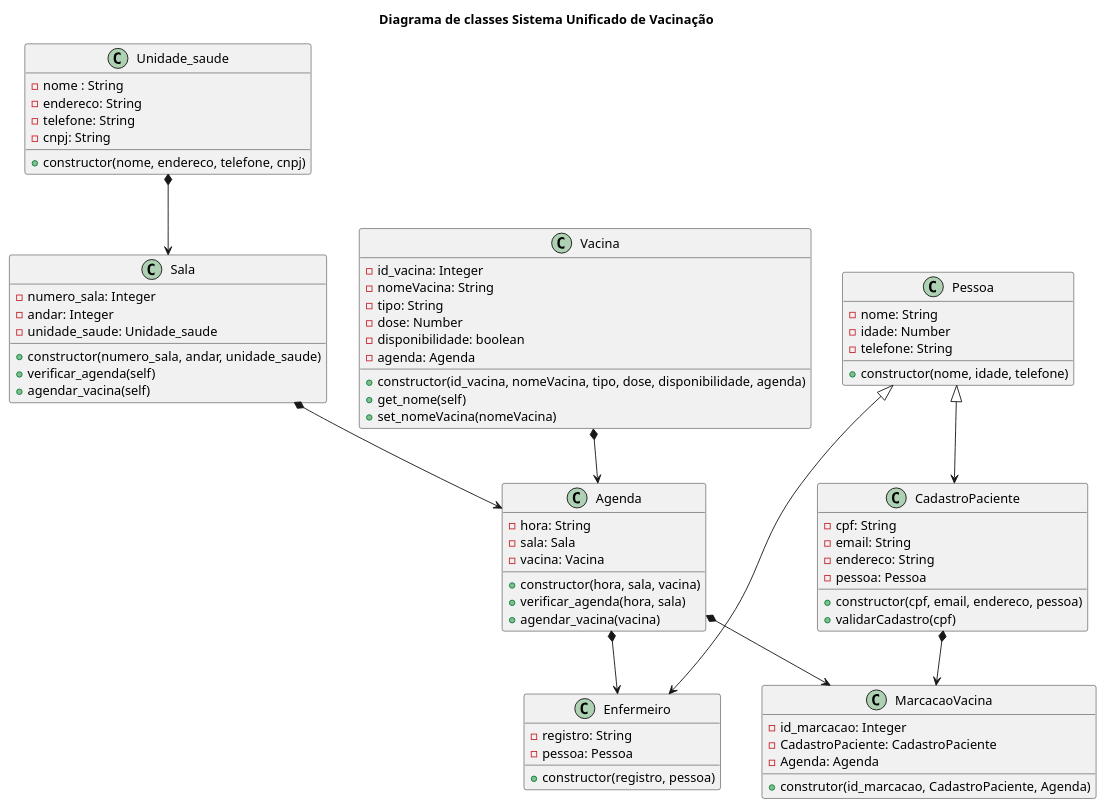
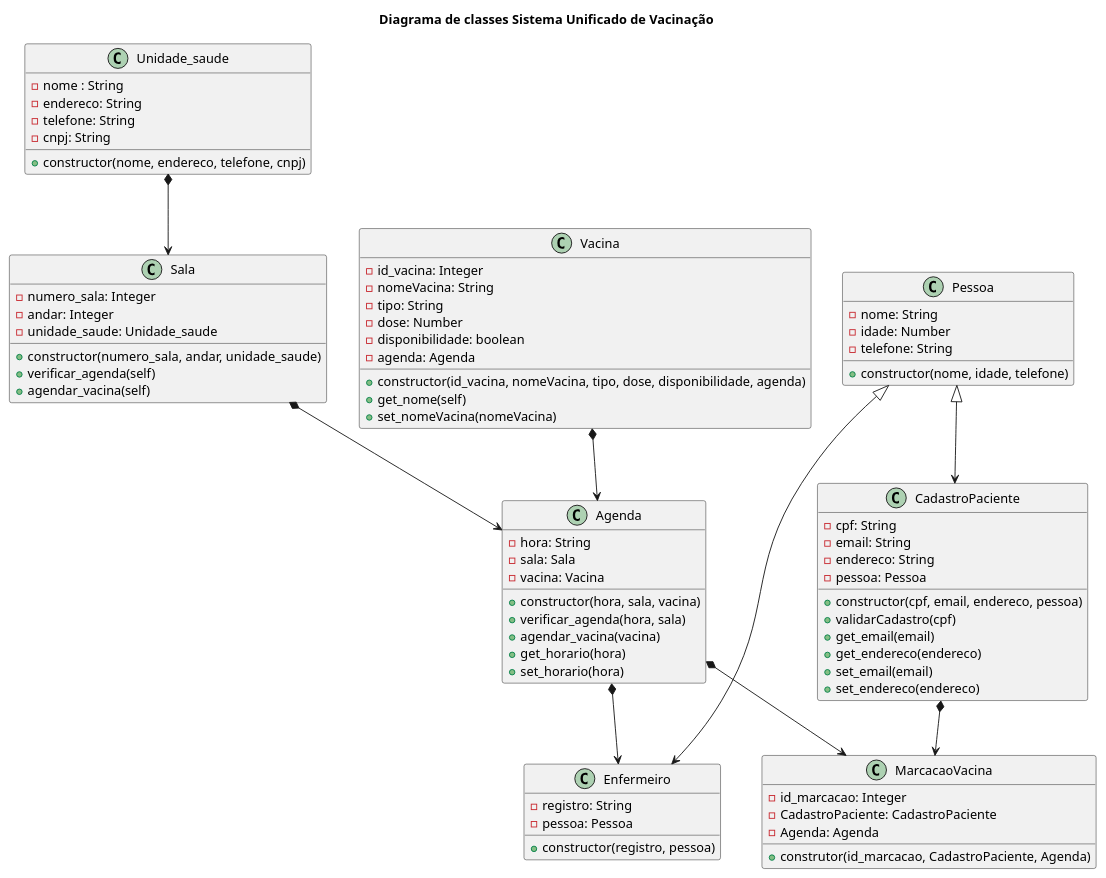
One commit to anleaes/2022-1-N2-POO-01 changed the diagram in diagrama_classe.plantuml. Above: the diagram before and after it, drawn with PlantUML.

Commit message:
atualizacao classe agenda e cadastroPaciente

```diff
--- a/diagrama_classe.plantuml
+++ b/diagrama_classe.plantuml
@@ -1,82 +1,88 @@
 @startuml diagrama_classe
 
 title Diagrama de classes Sistema Unificado de Vacinação
 
 class Unidade_saude{
     - nome : String
     - endereco: String
     - telefone: String
     - cnpj: String
     + constructor(nome, endereco, telefone, cnpj)
 }
 
 class Sala{
     - numero_sala: Integer
     - andar: Integer
     - unidade_saude: Unidade_saude 
     + constructor(numero_sala, andar, unidade_saude)
     + verificar_agenda(self)
     + agendar_vacina(self)
 }
 
 class Agenda{
     - hora: String
     - sala: Sala
     - vacina: Vacina
     + constructor(hora, sala, vacina)
     + verificar_agenda(hora, sala)
     + agendar_vacina(vacina)
+    + get_horario(hora)
+    + set_horario(hora)
 }
 
 
 Class Vacina{
     - id_vacina: Integer
     - nomeVacina: String
     - tipo: String
     - dose: Number
     - disponibilidade: boolean
     - agenda: Agenda
     + constructor(id_vacina, nomeVacina, tipo, dose, disponibilidade, agenda)
     + get_nome(self)
     + set_nomeVacina(nomeVacina)
 }
 
 class Pessoa{
     - nome: String
     - idade: Number
     - telefone: String
     + constructor(nome, idade, telefone)
 }
 
 class CadastroPaciente {
     - cpf: String
     - email: String
     - endereco: String
     - pessoa: Pessoa
     + constructor(cpf, email, endereco, pessoa)
     + validarCadastro(cpf)
+    + get_email(email)
+    + get_endereco(endereco)
+    + set_email(email)
+    + set_endereco(endereco)
 }
 
 class Enfermeiro {
     - registro: String
     - pessoa: Pessoa
     + constructor(registro, pessoa)
 }
 
 class MarcacaoVacina{
     - id_marcacao: Integer
     - CadastroPaciente: CadastroPaciente
     - Agenda: Agenda
     + construtor(id_marcacao, CadastroPaciente, Agenda)
 }
 
 Pessoa <|--> CadastroPaciente
 Pessoa <|--> Enfermeiro
 Unidade_saude *--> Sala
 Sala *--> Agenda
 Vacina *--> Agenda
 Agenda *--> Enfermeiro
 CadastroPaciente *--> MarcacaoVacina
 Agenda *--> MarcacaoVacina
 
 @enduml
```
